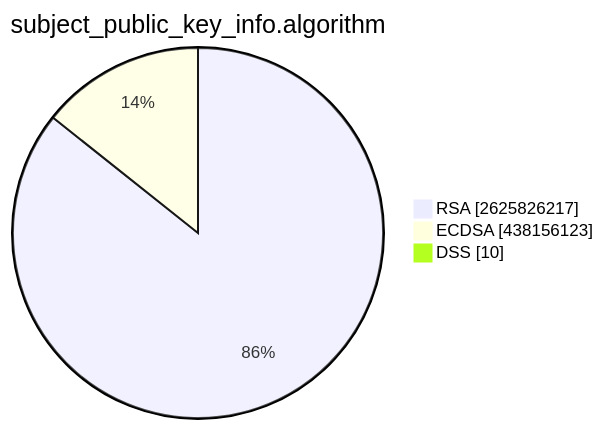
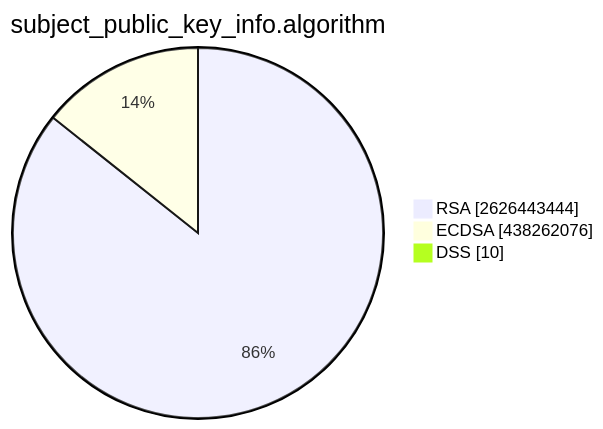
One commit to christiankrug/ctmonitor_visualization changed the second of 15 diagrams in TOTAL/README.md. Above: the diagram before and after it, drawn with Mermaid. The commit also changed other lines of this file, not shown here.

````diff
--- a/TOTAL/README.md
+++ b/TOTAL/README.md
@@ -6,7 +6,7 @@
 ```mermaid
 pie showData
 title subject_public_key_info.algorithm
-"RSA" :2625826217
-"ECDSA" :438156123
+"RSA" :2626443444
+"ECDSA" :438262076
 "DSS" :10
 ```
````
